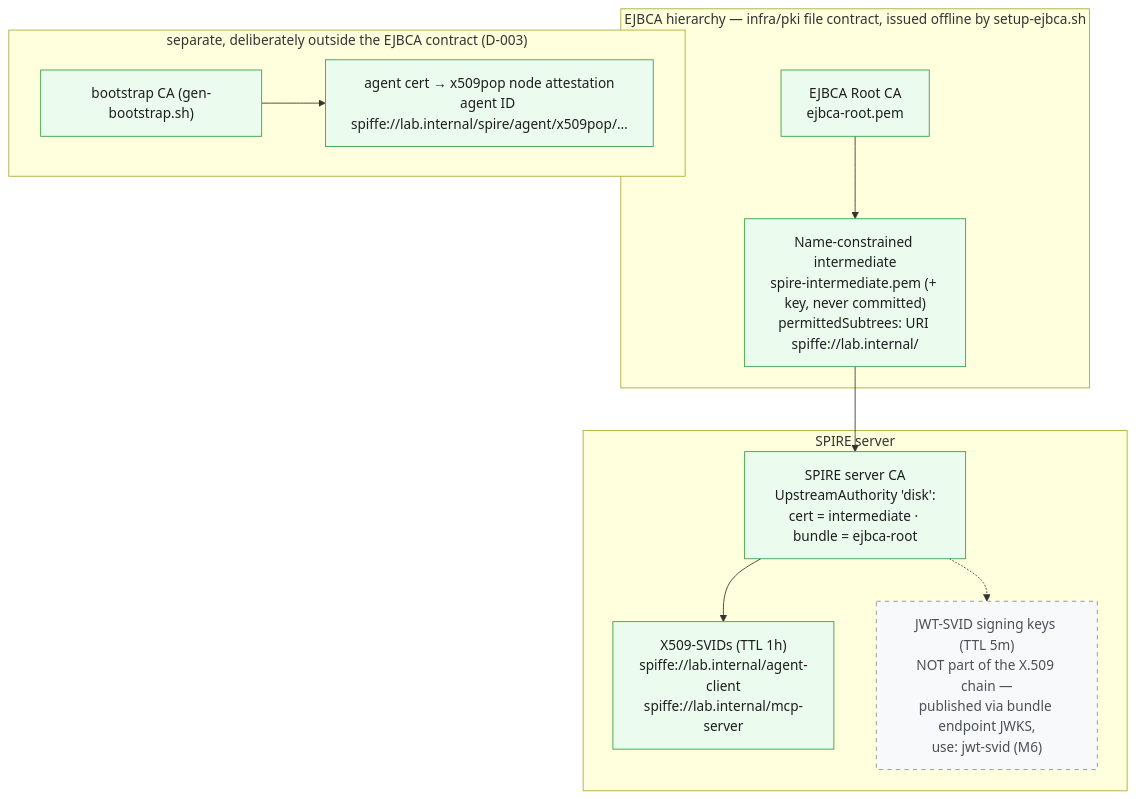
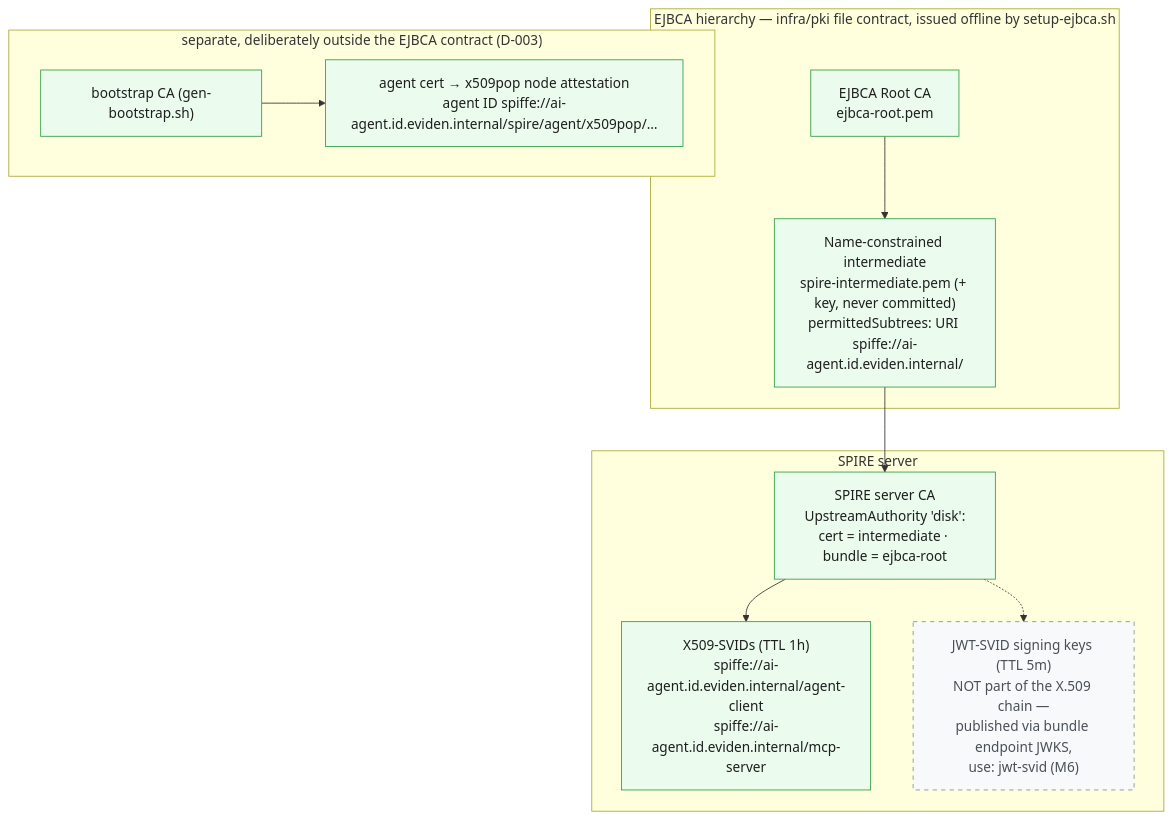
The third of 4 diagrams in docs/diagrams/DIAGRAMS.md (vanhoanHoang/ai-agent-spiffe-token-exchange), drawn with Mermaid before and after one commit. The commit also changed other lines of this file and 72 other files, not shown here.

First line of the commit message:
Eviden rebrand: trust domain ai-agent.id.eviden.internal, realm ai-agents, Eviden CA hierarchy (D-027..D-029)

````diff
--- a/docs/diagrams/DIAGRAMS.md
+++ b/docs/diagrams/DIAGRAMS.md
@@ -91,25 +91,25 @@
 ```mermaid
 flowchart TB
     subgraph EJBCACHAIN["EJBCA hierarchy — infra/pki file contract, issued offline by setup-ejbca.sh"]
         ROOT["EJBCA Root CA<br/>ejbca-root.pem"]
-        INT["Name-constrained intermediate<br/>spire-intermediate.pem (+ key, never committed)<br/>permittedSubtrees: URI spiffe://lab.internal/"]
+        INT["Name-constrained intermediate<br/>spire-intermediate.pem (+ key, never committed)<br/>permittedSubtrees: URI spiffe://ai-agent.id.eviden.internal/"]
     end
     subgraph SPIRE["SPIRE server"]
         SCA["SPIRE server CA<br/>UpstreamAuthority 'disk':<br/>cert = intermediate · bundle = ejbca-root"]
-        X509["X509-SVIDs (TTL 1h)<br/>spiffe://lab.internal/agent-client<br/>spiffe://lab.internal/mcp-server"]
+        X509["X509-SVIDs (TTL 1h)<br/>spiffe://ai-agent.id.eviden.internal/agent-client<br/>spiffe://ai-agent.id.eviden.internal/mcp-server"]
         JWTK["JWT-SVID signing keys (TTL 5m)<br/>NOT part of the X.509 chain —<br/>published via bundle endpoint JWKS,<br/>use: jwt-svid (M6)"]
     end
     subgraph BOOT["separate, deliberately outside the EJBCA contract (D-003)"]
         BCA["bootstrap CA (gen-bootstrap.sh)"]
-        AGC["agent cert → x509pop node attestation<br/>agent ID spiffe://lab.internal/spire/agent/x509pop/…"]
+        AGC["agent cert → x509pop node attestation<br/>agent ID spiffe://ai-agent.id.eviden.internal/spire/agent/x509pop/…"]
     end
 
     ROOT --> INT --> SCA --> X509
     SCA -.-> JWTK
     BCA --> AGC
 
     classDef built fill:#ebfbee,stroke:#2f9e44,color:#1e1e1e;
     class ROOT,INT,SCA,X509,BCA,AGC built;
     classDef planned fill:#f8f9fa,stroke:#868e96,stroke-dasharray:5 5,color:#495057;
     class JWTK planned;
 ```
````
